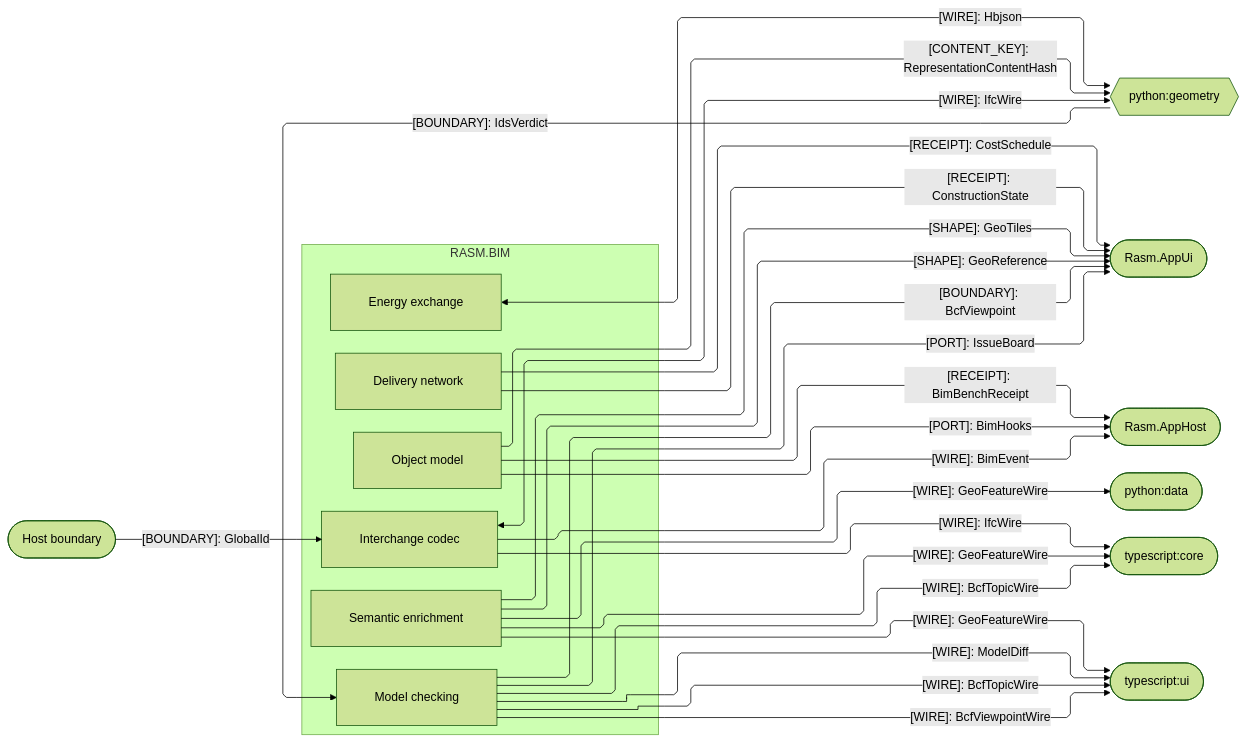
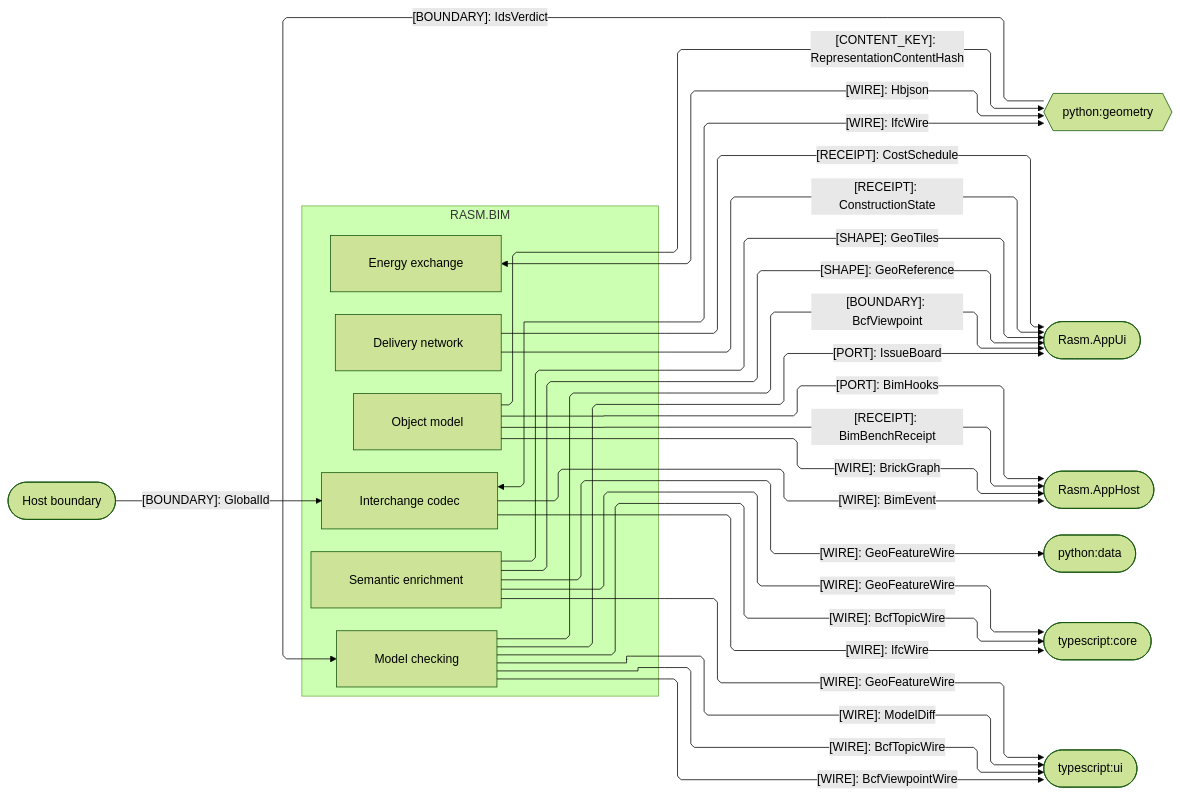
Before and after one commit to bsamiee/Rasm: the third of 3 diagrams in libs/csharp/Rasm.Bim/ARCHITECTURE.md, drawn with Mermaid (forest theme). The commit also changed other lines of this file and 108 other files, not shown here.

Commit message:
Land the coldpass doc-set deltas across README, ARCHITECTURE, RULINGS, IDEAS, and TASKLOG files

````diff
--- a/libs/csharp/Rasm.Bim/ARCHITECTURE.md
+++ b/libs/csharp/Rasm.Bim/ARCHITECTURE.md
@@ -168,49 +168,50 @@
 ```mermaid
 ---
 config:
   layout: elk
   flowchart:
     curve: linear
     padding: 25
 ---
 flowchart LR
     accTitle: Bim cross-runtime, presentation, and host seams
     accDescr: Bim owners exchanging wires, shapes, ports, receipts, content keys, and boundaries with the cross-runtime peers, the app platform, and the host boundary.
     subgraph bim[RASM.BIM]
         Model[Object model]
         Semantics[Semantic enrichment]
         Exchange[Interchange codec]
         Review[Model checking]
         Energy[Energy exchange]
         Planning[Delivery network]
     end
     Geometry{{python:geometry}}
     AppUi([Rasm.AppUi])
     AppHost([Rasm.AppHost])
     Host([Host boundary])
     Data([python:data])
     Core([typescript:core])
     Ui([typescript:ui])
     Exchange <-->|"[WIRE]: IfcWire"| Geometry
     Model -->|"[CONTENT_KEY]: RepresentationContentHash"| Geometry
     Geometry -->|"[BOUNDARY]: IdsVerdict"| Review
     Energy <-->|"[WIRE]: Hbjson"| Geometry
     Semantics -->|"[SHAPE]: GeoTiles"| AppUi
     Semantics -->|"[SHAPE]: GeoReference"| AppUi
     Planning -->|"[RECEIPT]: CostSchedule"| AppUi
     Planning -->|"[RECEIPT]: ConstructionState"| AppUi
     Review -->|"[PORT]: IssueBoard"| AppUi
     Review -->|"[BOUNDARY]: BcfViewpoint"| AppUi
     Model -->|"[PORT]: BimHooks"| AppHost
     Model -->|"[RECEIPT]: BimBenchReceipt"| AppHost
+    Model -->|"[WIRE]: BrickGraph"| AppHost
     Exchange -->|"[WIRE]: BimEvent"| AppHost
     Host -->|"[BOUNDARY]: GlobalId"| Exchange
     Semantics -->|"[WIRE]: GeoFeatureWire"| Data
     Exchange -->|"[WIRE]: IfcWire"| Core
     Review -->|"[WIRE]: BcfTopicWire"| Core
     Semantics -->|"[WIRE]: GeoFeatureWire"| Core
     Review -->|"[WIRE]: BcfTopicWire"| Ui
     Review -->|"[WIRE]: BcfViewpointWire"| Ui
     Semantics -->|"[WIRE]: GeoFeatureWire"| Ui
     Review -->|"[WIRE]: ModelDiff"| Ui
 ```
````
